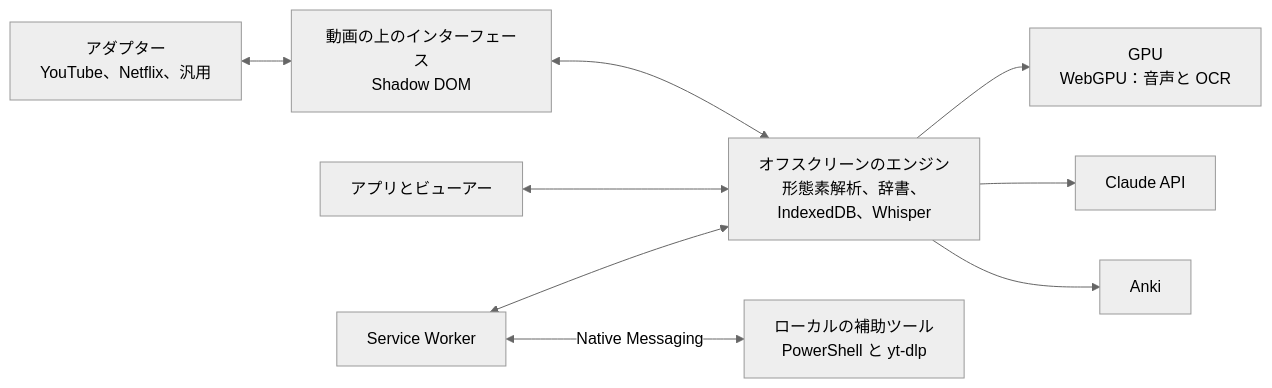
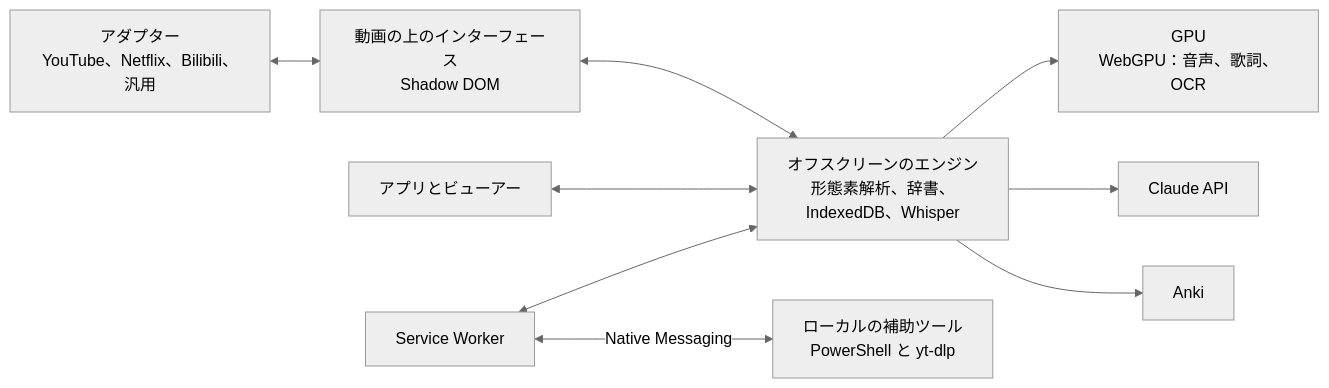
One commit to Eliam4510/kotonoha changed the second of 2 diagrams in README.ja.md. Above: the diagram before and after it, drawn with Mermaid (neutral theme). The commit also changed other lines of this file and 21 other files, not shown here.

````diff
--- a/README.ja.md
+++ b/README.ja.md
@@ -208,11 +203,11 @@
 ```mermaid
 flowchart LR
-  P["アダプター<br/>YouTube、Netflix、汎用"] <--> C["動画の上のインターフェース<br/>Shadow DOM"]
+  P["アダプター<br/>YouTube、Netflix、Bilibili、汎用"] <--> C["動画の上のインターフェース<br/>Shadow DOM"]
   C <--> M["オフスクリーンのエンジン<br/>形態素解析、辞書、<br/>IndexedDB、Whisper"]
   A["アプリとビューアー"] <--> M
-  M --> G["GPU<br/>WebGPU：音声と OCR"]
+  M --> G["GPU<br/>WebGPU：音声、歌詞、OCR"]
   M --> CL["Claude API"]
   M --> AN["Anki"]
   S["Service Worker"] <--> M
   S <-->|Native Messaging| H["ローカルの補助ツール<br/>PowerShell と yt-dlp"]
 ```
````
